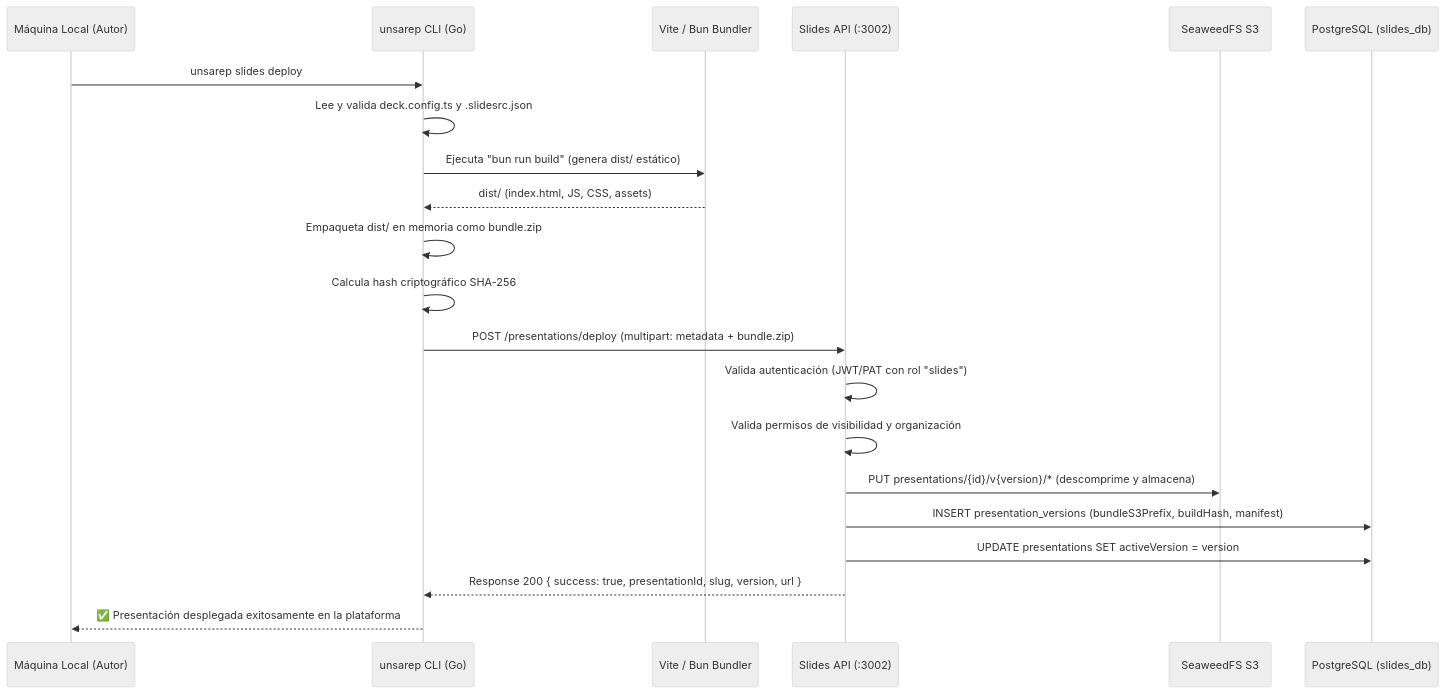
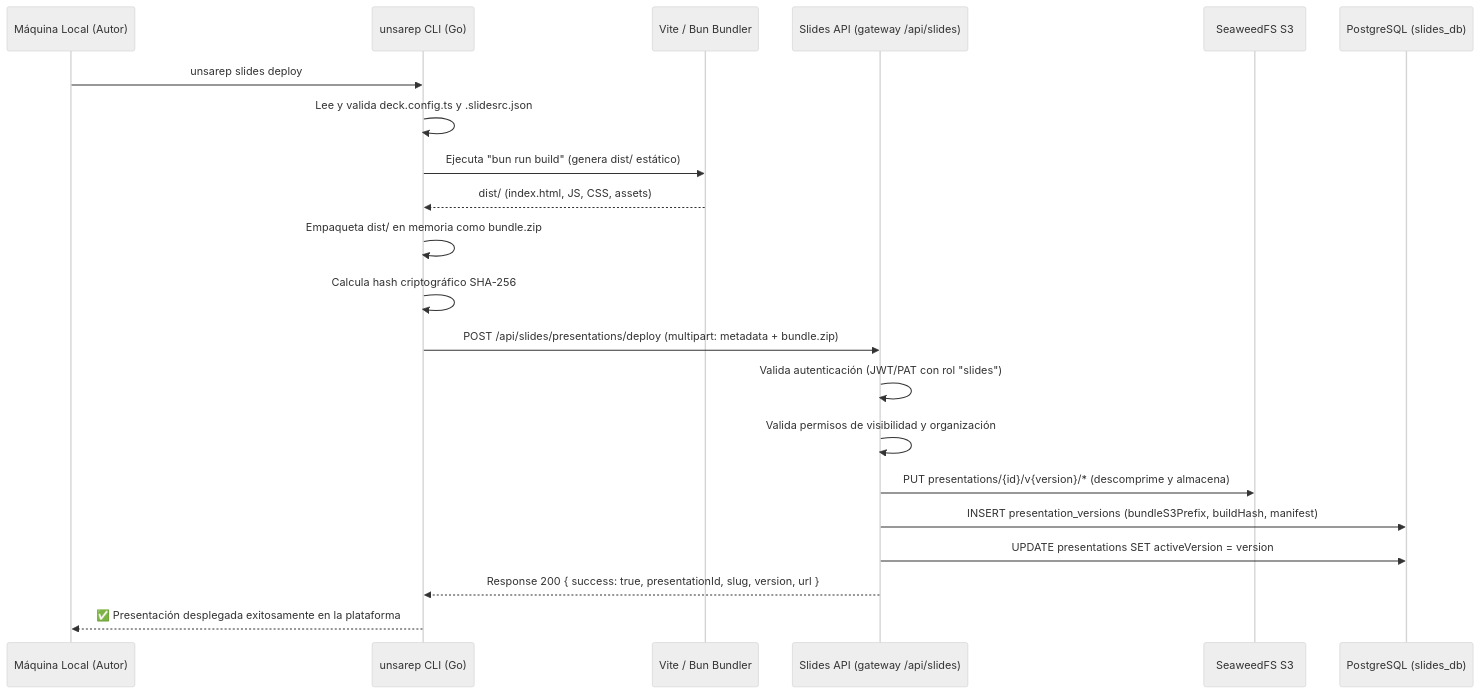
The sixth of 6 diagrams in docs/slides.md (UNSAReport/UNSAReport2), drawn with Mermaid (neutral theme) before and after one commit. The commit also changed other lines of this file and 15 other files, not shown here.

````diff
--- a/docs/slides.md
+++ b/docs/slides.md
@@ -253,24 +253,24 @@
 ```mermaid
 sequenceDiagram
     participant Dev as Máquina Local (Autor)
     participant CLI as unsarep CLI (Go)
     participant Vite as Vite / Bun Bundler
-    participant API as Slides API (:3002)
+    participant API as Slides API (gateway /api/slides)
     participant S3 as SeaweedFS S3
     participant PG as PostgreSQL (slides_db)
 
     Dev->>CLI: unsarep slides deploy
     CLI->>CLI: Lee y valida deck.config.ts y .slidesrc.json
     CLI->>Vite: Ejecuta "bun run build" (genera dist/ estático)
     Vite-->>CLI: dist/ (index.html, JS, CSS, assets)
     CLI->>CLI: Empaqueta dist/ en memoria como bundle.zip
     CLI->>CLI: Calcula hash criptográfico SHA-256
-    CLI->>API: POST /presentations/deploy (multipart: metadata + bundle.zip)
+    CLI->>API: POST /api/slides/presentations/deploy (multipart: metadata + bundle.zip)
     API->>API: Valida autenticación (JWT/PAT con rol "slides")
     API->>API: Valida permisos de visibilidad y organización
     API->>S3: PUT presentations/{id}/v{version}/* (descomprime y almacena)
     API->>PG: INSERT presentation_versions (bundleS3Prefix, buildHash, manifest)
     API->>PG: UPDATE presentations SET activeVersion = version
     API-->>CLI: Response 200 { success: true, presentationId, slug, version, url }
     CLI-->>Dev: ✅ Presentación desplegada exitosamente en la plataforma
 ```
````
